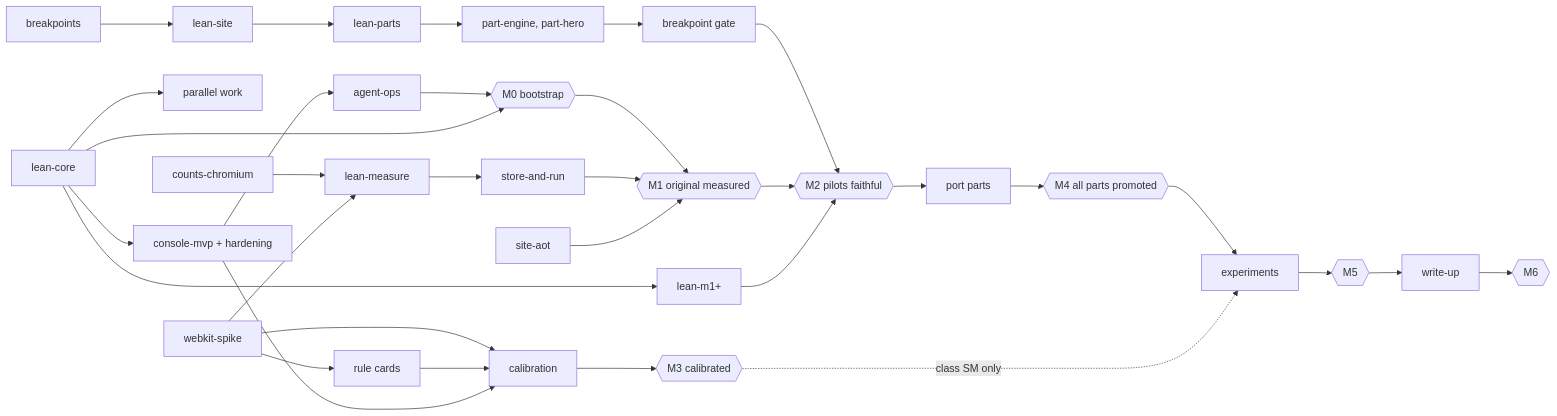
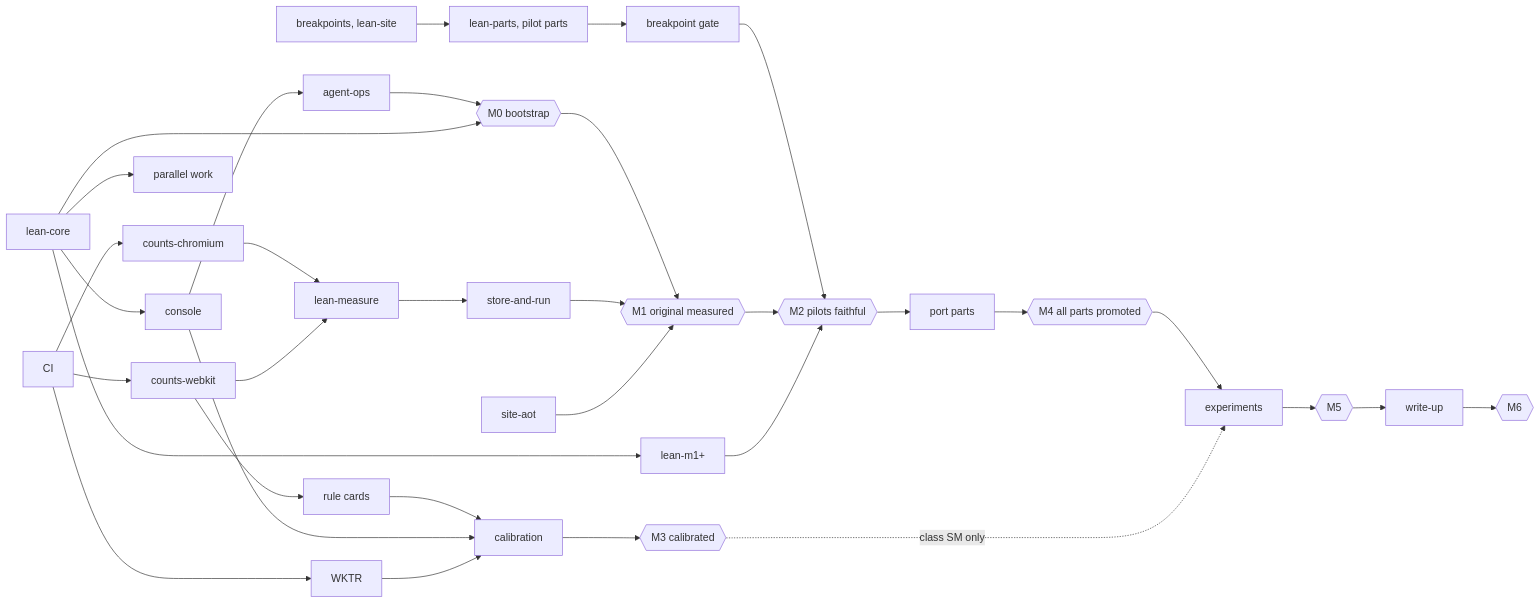
One commit to kitimark/lean-loop-engineer-the-fastwork-web-optimize changed the second of 2 diagrams in docs/plan/PLAN.md. Above: the diagram before and after it, drawn with Mermaid. The commit also changed other lines of this file and 4 other files, not shown here.

````diff
--- a/docs/plan/PLAN.md
+++ b/docs/plan/PLAN.md
@@ -1194,12 +1335,13 @@
 ```mermaid
 flowchart LR
-  LC[lean-core] --> CON[console-mvp + hardening] --> OPS[agent-ops] --> M0{{M0 bootstrap}} --> M1{{M1 original measured}}
+  LC[lean-core] --> CON[console] --> OPS[agent-ops] --> M0{{M0 bootstrap}} --> M1{{M1 original measured}}
   LC --> LM[lean-m1+] & SCH[parallel work] & M0
-  CC[counts-chromium] & WK[webkit-spike] --> LMS[lean-measure] --> SR[store-and-run] --> M1
+  CC[counts-chromium] & WK[counts-webkit] --> LMS[lean-measure] --> SR[store-and-run] --> M1
+  CI[CI] --> CC & WK & WKTR[WKTR]
   AOT[site-aot] --> M1
-  WK --> RC[rule cards] & CAL[calibration]
-  BP[breakpoints] --> LS[lean-site] --> LP[lean-parts] --> PP[part-engine, part-hero] --> GATE[breakpoint gate]
+  WK --> RC[rule cards]
+  BP[breakpoints, lean-site] --> PP[lean-parts, pilot parts] --> GATE[breakpoint gate]
   GATE & M1 & LM --> M2{{M2 pilots faithful}}
   M2 --> PORT[port parts] --> M4{{M4 all parts promoted}} --> EXP[experiments] --> M5{{M5}} --> WR[write-up] --> M6{{M6}}
-  RC & CON --> CAL --> M3{{M3 calibrated}} -. "class SM only" .-> EXP
+  RC & CON & WKTR --> CAL[calibration] --> M3{{M3 calibrated}} -. "class SM only" .-> EXP
 ```
````
